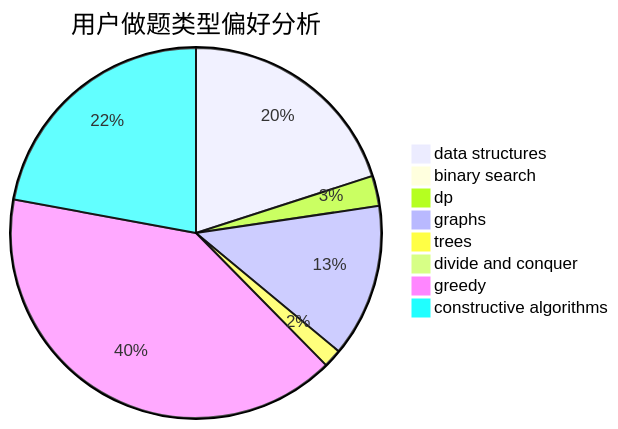
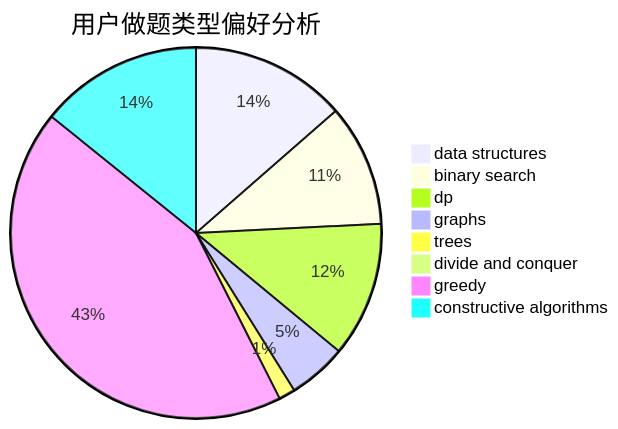
Before and after one commit to sherpahu/cfrs.github.io: the second of 3 diagrams in docs/user/u2537.md, drawn with Mermaid. The commit also changed other lines of this file and 2770 other files, not shown here.

````diff
--- a/docs/user/u2537.md
+++ b/docs/user/u2537.md
@@ -23,11 +23,11 @@
 ```mermaid
 pie title 用户做题类型偏好分析
-    "data structures" :  472
-    "binary search" :  11
-    "dp" :  62
-    "graphs" :  315
-    "trees" :  38
+    "data structures" :  236
+    "binary search" :  185
+    "dp" :  205
+    "graphs" :  89
+    "trees" :  25
     "divide and conquer" :  0
-    "greedy" :  949
-    "constructive algorithms" :  521
+    "greedy" :  752
+    "constructive algorithms" :  247
 ```
````
